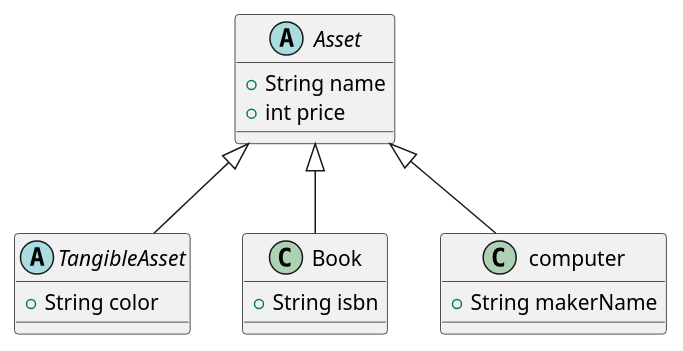
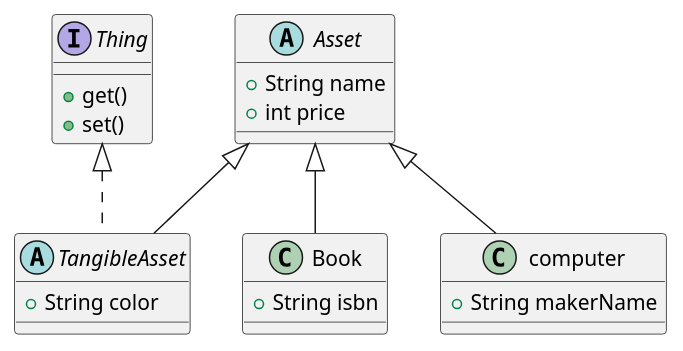
Before and after one commit to orm-camp-flutter-2ki/learn_dart_together: the diagram in lib/24_03_13/asset_diagram.puml, drawn with PlantUML. The commit also changed 4 other files, not shown here.

```diff
--- a/lib/24_03_13/asset_diagram.puml
+++ b/lib/24_03_13/asset_diagram.puml
@@ -1,26 +1,32 @@
 @startuml Asset
 
 
 
 abstract class Asset{
     +String name
     +int price
 }
 
-abstract class TangibleAsset extends Asset{
+interface Thing{
+     +get()
+     +set()
+}
+
+
+abstract class TangibleAsset extends Asset implements Thing{
     +String color
 }
 class Book extends Asset{
 
     +String isbn
 }
 
 class computer extends Asset{
 
     +String makerName
 }
 
 
 
 
 @enduml
```
